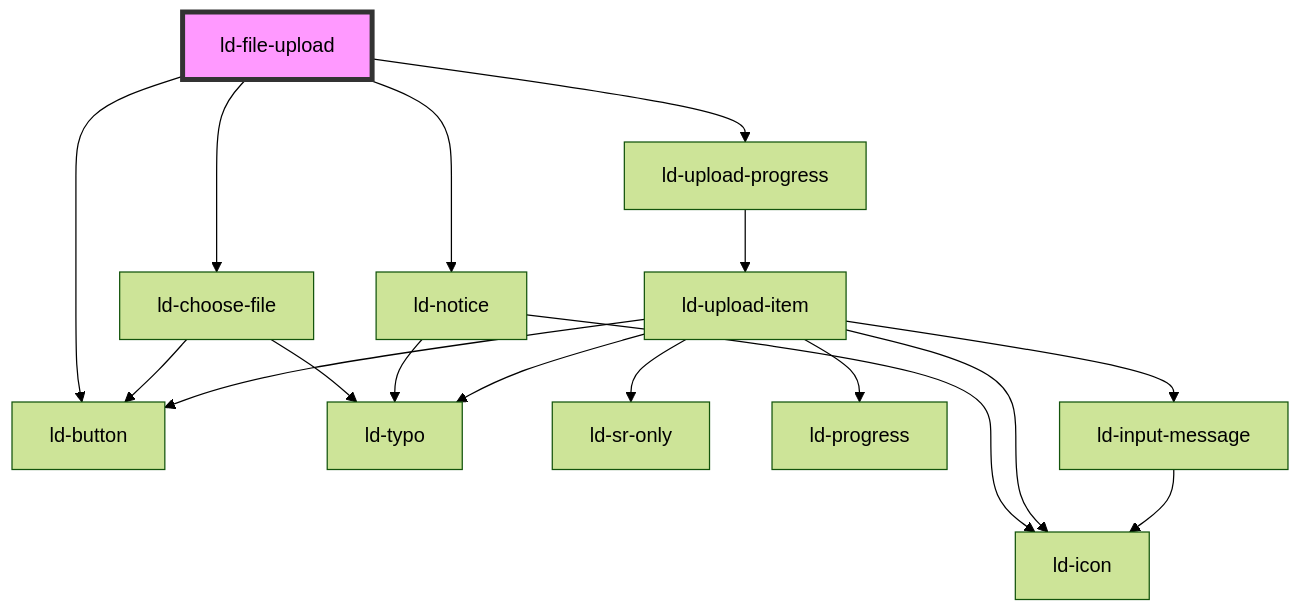
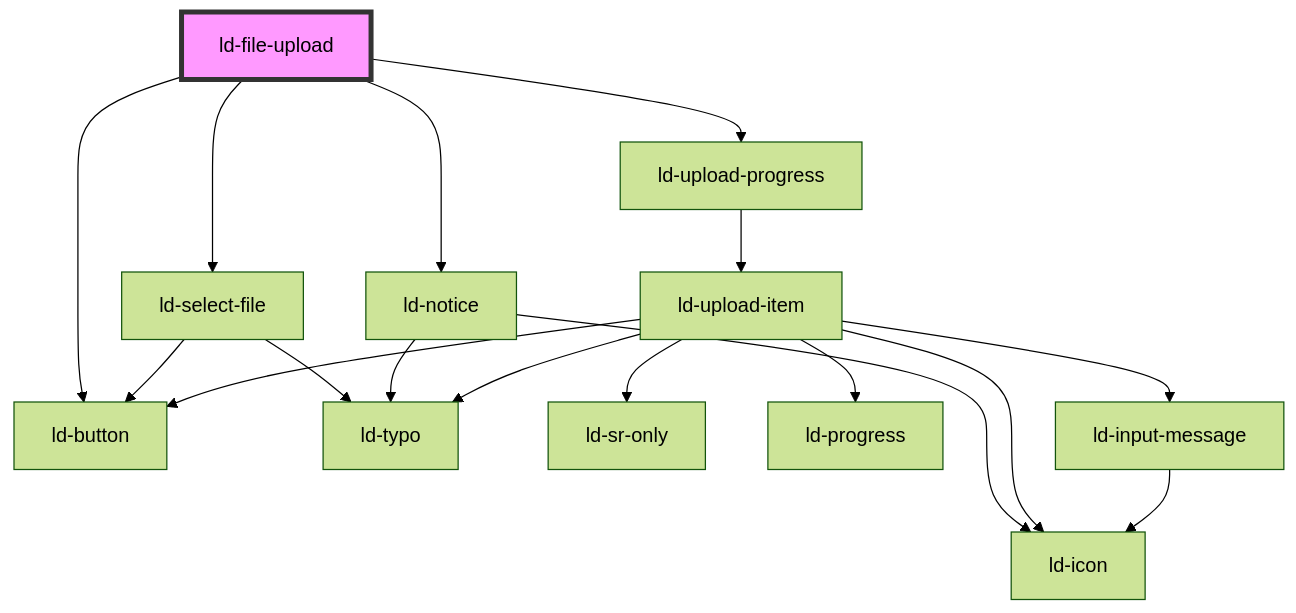
Before and after one commit to emdgroup-liquid/liquid: the diagram in src/liquid/components/ld-file-upload/readme.md, drawn with Mermaid (forest theme). The commit also changed other lines of this file and 18 other files, not shown here.

Commit message:
refactor(ld-file-upload): rename choose to select

````diff
--- a/src/liquid/components/ld-file-upload/readme.md
+++ b/src/liquid/components/ld-file-upload/readme.md
@@ -1866,20 +1866,20 @@
 ```mermaid
 graph TD;
-  ld-file-upload --> ld-choose-file
+  ld-file-upload --> ld-select-file
   ld-file-upload --> ld-notice
   ld-file-upload --> ld-upload-progress
   ld-file-upload --> ld-button
-  ld-choose-file --> ld-typo
-  ld-choose-file --> ld-button
+  ld-select-file --> ld-typo
+  ld-select-file --> ld-button
   ld-notice --> ld-icon
   ld-notice --> ld-typo
   ld-upload-progress --> ld-upload-item
   ld-upload-item --> ld-icon
   ld-upload-item --> ld-typo
   ld-upload-item --> ld-button
   ld-upload-item --> ld-sr-only
   ld-upload-item --> ld-progress
   ld-upload-item --> ld-input-message
   ld-input-message --> ld-icon
   style ld-file-upload fill:#f9f,stroke:#333,stroke-width:4px
 ```
````
